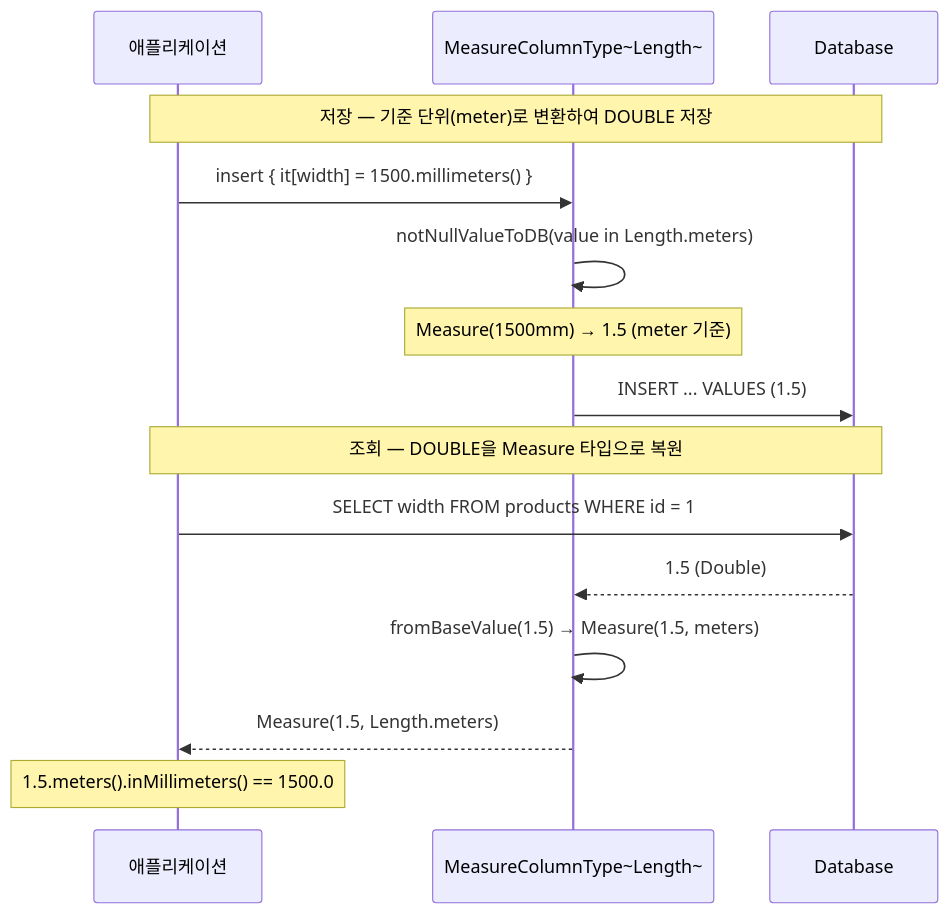
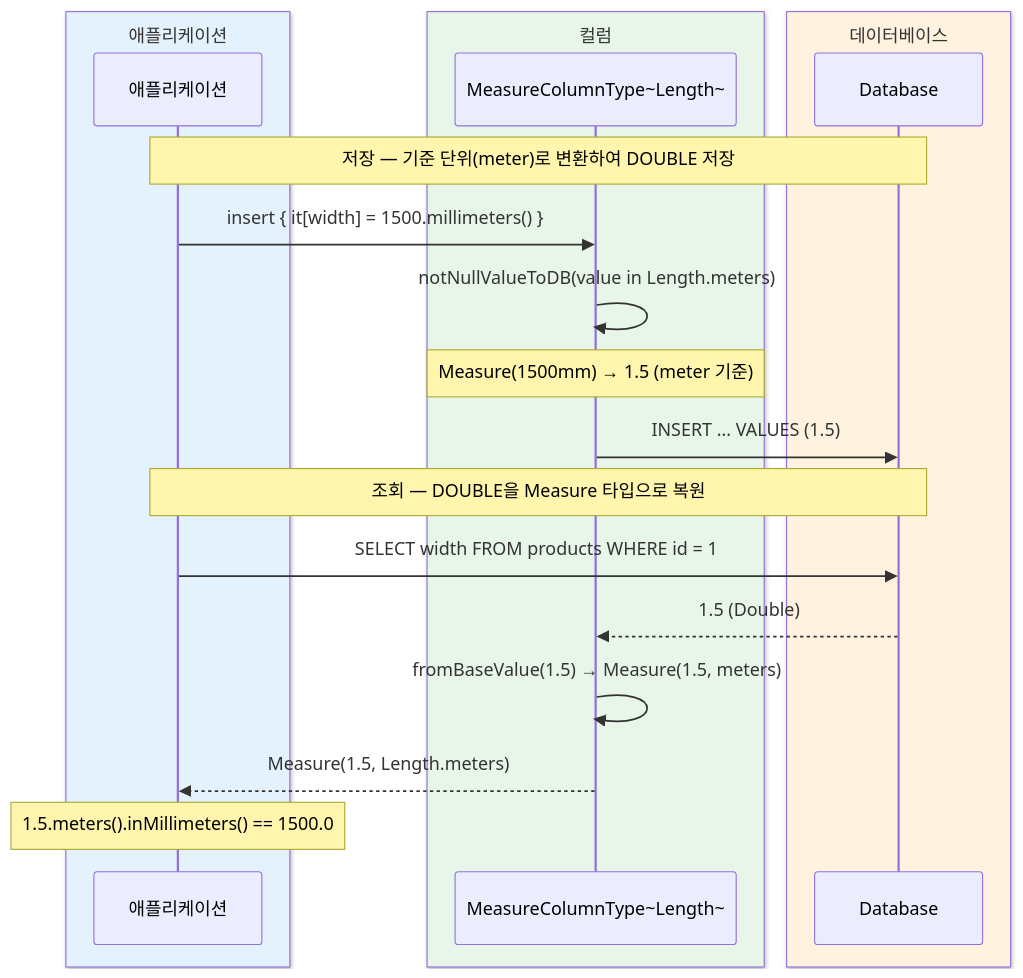
Before and after one commit to bluetape4k/bluetape4k-projects: the third of 3 diagrams in data/exposed-measured/README.ko.md, drawn with Mermaid. The commit also changed other lines of this file and 221 other files, not shown here.

First line of the commit message:
docs: 전체 모듈 README UML 다이어그램 보강 및 색상 업그레이드

````diff
--- a/data/exposed-measured/README.ko.md
+++ b/data/exposed-measured/README.ko.md
@@ -99,19 +112,25 @@
 ```mermaid
 sequenceDiagram
-    participant App as 애플리케이션
-    participant Col as MeasureColumnType~Length~
-    participant DB as Database
+    box rgb(227, 242, 253) 애플리케이션
+        participant App as 애플리케이션
+    end
+    box rgb(232, 245, 233) 컬럼
+        participant Col as MeasureColumnType~Length~
+    end
+    box rgb(255, 243, 224) 데이터베이스
+        participant DB as Database
+    end
 
     Note over App,DB: 저장 — 기준 단위(meter)로 변환하여 DOUBLE 저장
     App->>Col: insert { it[width] = 1500.millimeters() }
     Col->>Col: notNullValueToDB(value in Length.meters)
     Note over Col: Measure(1500mm) → 1.5 (meter 기준)
     Col->>DB: INSERT ... VALUES (1.5)
 
     Note over App,DB: 조회 — DOUBLE을 Measure 타입으로 복원
     App->>DB: SELECT width FROM products WHERE id = 1
     DB-->>Col: 1.5 (Double)
     Col->>Col: fromBaseValue(1.5) → Measure(1.5, meters)
     Col-->>App: Measure(1.5, Length.meters)
     Note over App: 1.5.meters().inMillimeters() == 1500.0
 ```
````
